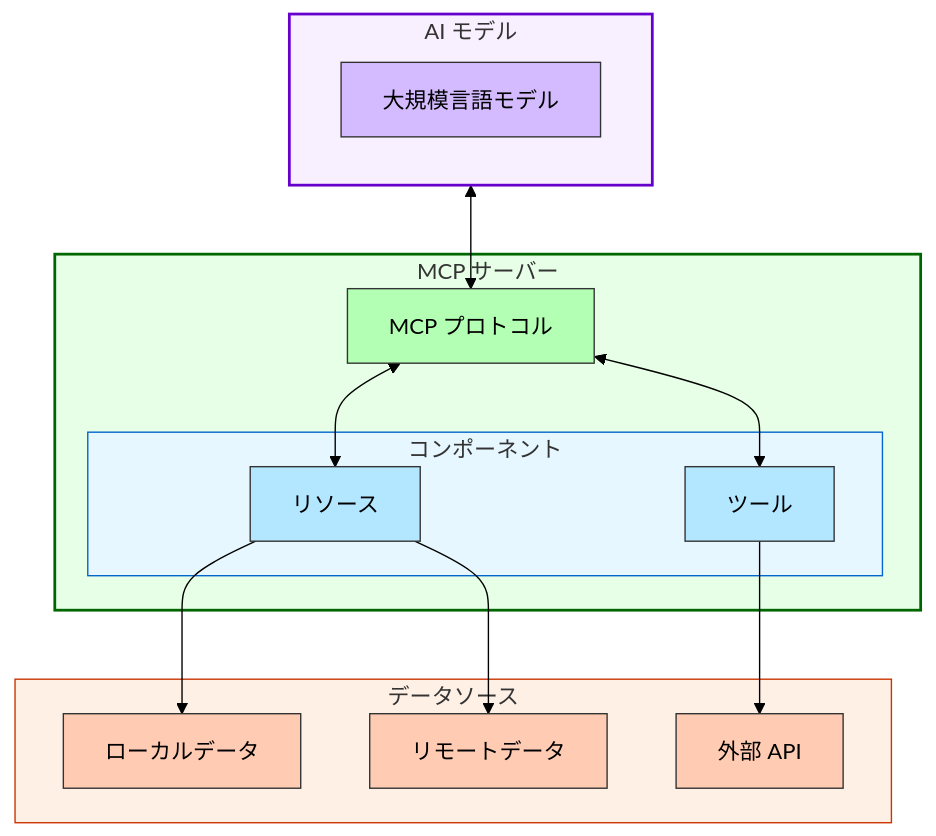
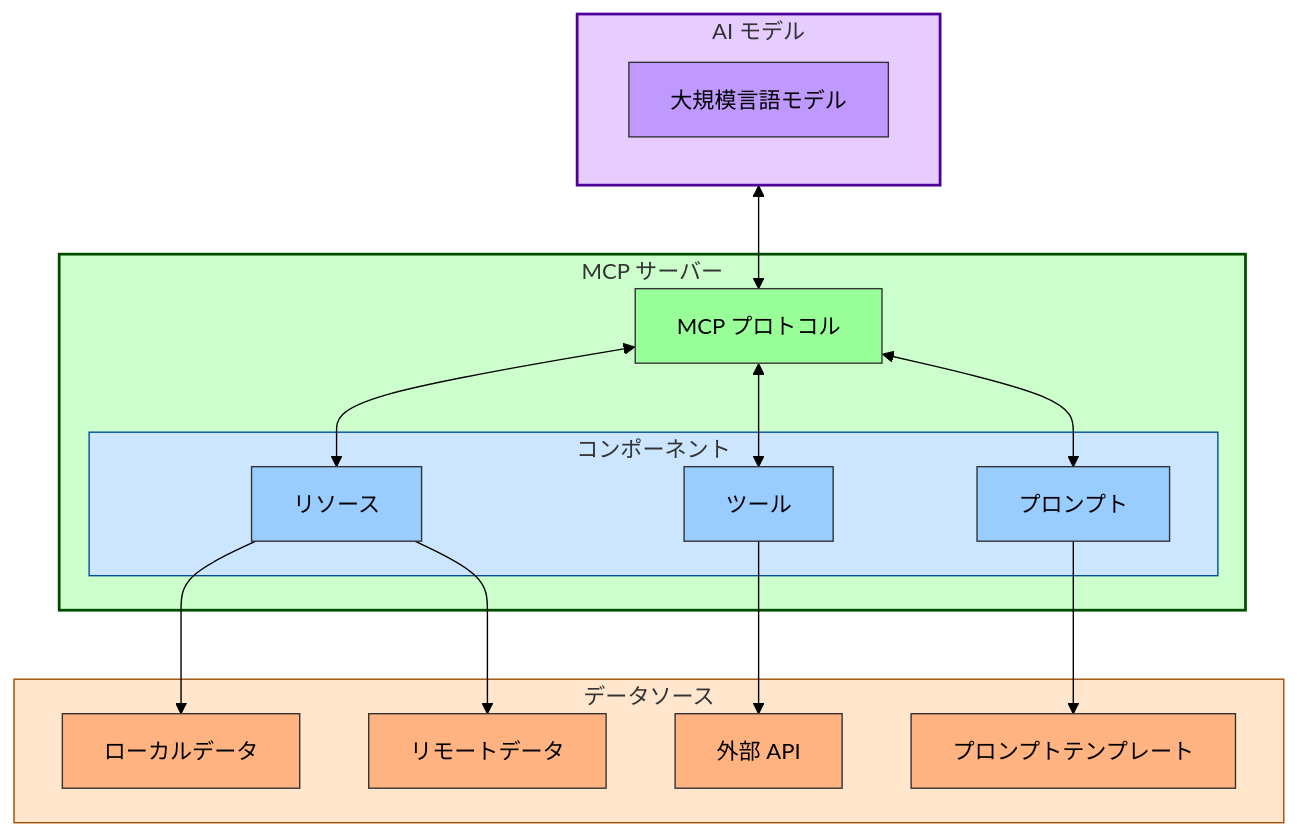
Before and after one commit to littlemex/aws-samples: the second of 3 diagrams in workshops/ai-coding-workshop/cline/manuals/workshops/mcp.md, drawn with Mermaid (forest theme).

Commit message:
composent 図に prompt を追加

````diff
--- a/workshops/ai-coding-workshop/cline/manuals/workshops/mcp.md
+++ b/workshops/ai-coding-workshop/cline/manuals/workshops/mcp.md
@@ -62,42 +62,48 @@
 ```mermaid
 flowchart TD
     subgraph AIModel["AI モデル"]
         LLM[大規模言語モデル]
     end
     
     subgraph MCPServer["MCP サーバー"]
         Protocol[MCP プロトコル]
         
         subgraph Components["コンポーネント"]
             Tools[ツール]
             Resources[リソース]
+            Prompts[プロンプト]
         end
     end
     
     subgraph DataSources["データソース"]
         LocalData[ローカルデータ]
         RemoteData[リモートデータ]
         APIs[外部 API]
+        Templates[プロンプトテンプレート]
     end
     
     %% 接続
     AIModel <--> Protocol
     Protocol <--> Tools
     Protocol <--> Resources
+    Protocol <--> Prompts
     Resources --> LocalData
     Resources --> RemoteData
     Tools --> APIs
+    Prompts --> Templates
     
-    %% スタイル設定
-    style AIModel fill:#f9f0ff,stroke:#6600cc,stroke-width:2px
-    style MCPServer fill:#e6ffe6,stroke:#006600,stroke-width:2px
-    style Components fill:#e6f7ff,stroke:#0066cc,stroke-width:1px
-    style DataSources fill:#fff0e6,stroke:#cc3300,stroke-width:1px
-    style LLM fill:#d4bbff,stroke:#333333,stroke-width:1px
-    style Protocol fill:#b3ffb3,stroke:#333333,stroke-width:1px
-    style Tools fill:#b3e6ff,stroke:#333333,stroke-width:1px
-    style Resources fill:#b3e6ff,stroke:#333333,stroke-width:1px
-    style LocalData fill:#ffccb3,stroke:#333333,stroke-width:1px
-    style RemoteData fill:#ffccb3,stroke:#333333,stroke-width:1px
-    style APIs fill:#ffccb3,stroke:#333333,stroke-width:1px
+    %% スタイル設定 - 色を濃くしました
+    style AIModel fill:#e6ccff,stroke:#4d0099,stroke-width:2px
+    style MCPServer fill:#ccffcc,stroke:#004d00,stroke-width:2px
+    style Components fill:#cce6ff,stroke:#004d99,stroke-width:1px
+    style DataSources fill:#ffe6cc,stroke:#994d00,stroke-width:1px
+    style LLM fill:#bf99ff,stroke:#333333,stroke-width:1px
+    style Protocol fill:#99ff99,stroke:#333333,stroke-width:1px
+    style Tools fill:#99ccff,stroke:#333333,stroke-width:1px
+    style Resources fill:#99ccff,stroke:#333333,stroke-width:1px
+    style Prompts fill:#99ccff,stroke:#333333,stroke-width:1px
+    style LocalData fill:#ffb380,stroke:#333333,stroke-width:1px
+    style RemoteData fill:#ffb380,stroke:#333333,stroke-width:1px
+    style APIs fill:#ffb380,stroke:#333333,stroke-width:1px
+    style Templates fill:#ffb380,stroke:#333333,stroke-width:1px
 ```
````
